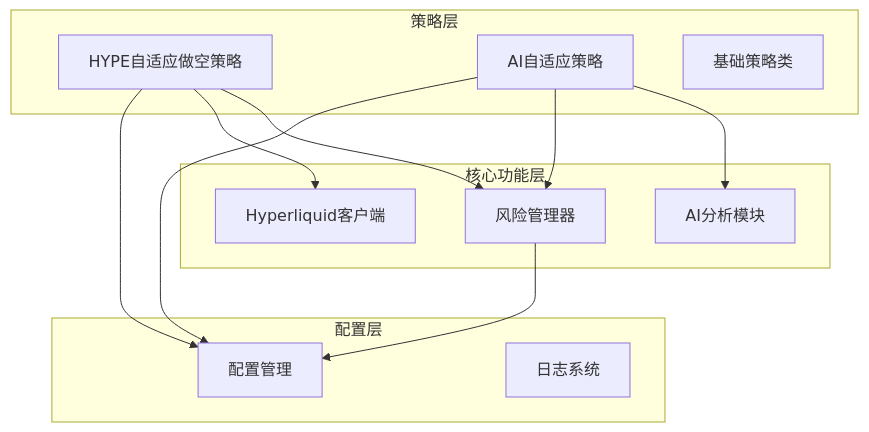
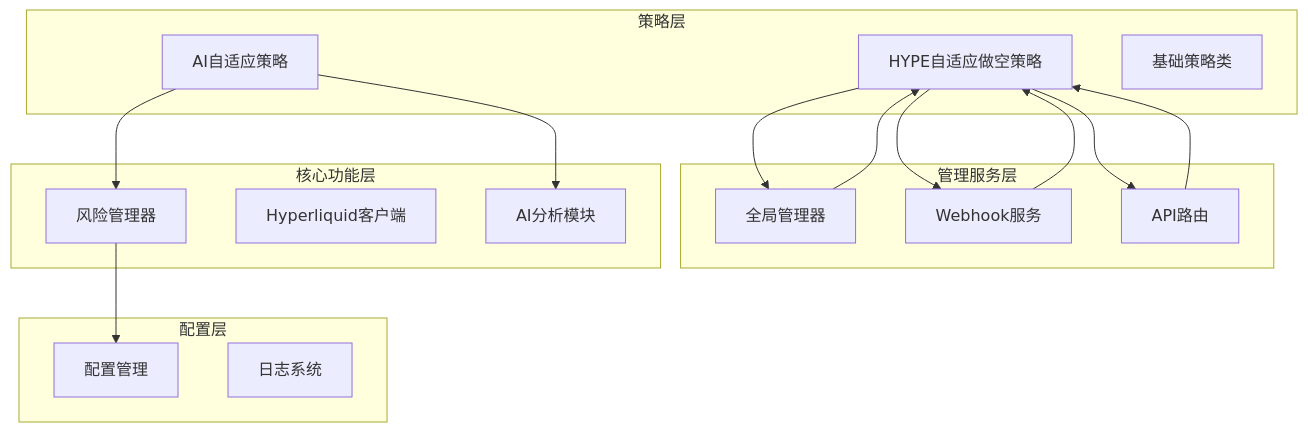
The first of 9 diagrams in .qoder/repowiki/zh/content/核心模块详解/策略框架/具体策略实现/HYPE自适应做空策略.md (zyf266/ending), drawn with Mermaid before and after one commit. The commit also changed other lines of this file and 40 other files, not shown here.

````diff
--- a/.qoder/repowiki/zh/content/核心模块详解/策略框架/具体策略实现/HYPE自适应做空策略.md
+++ b/.qoder/repowiki/zh/content/核心模块详解/策略框架/具体策略实现/HYPE自适应做空策略.md
@@ -36,24 +48,31 @@
 ```mermaid
 graph TB
 subgraph "策略层"
 HS[HYPE自适应做空策略]
 AI[AI自适应策略]
 Base[基础策略类]
+end
+subgraph "管理服务层"
+GM[全局管理器]
+WS[Webhook服务]
+API[API路由]
 end
 subgraph "核心功能层"
 RM[风险管理器]
 HL[Hyperliquid客户端]
 AC[AI分析模块]
 end
 subgraph "配置层"
 CFG[配置管理]
 LOG[日志系统]
 end
-HS --> RM
-HS --> HL
+HS --> GM
+HS --> WS
+HS --> API
 AI --> AC
 AI --> RM
-HS --> CFG
-AI --> CFG
+GM --> HS
+WS --> HS
+API --> HS
 RM --> CFG
 ```
````
